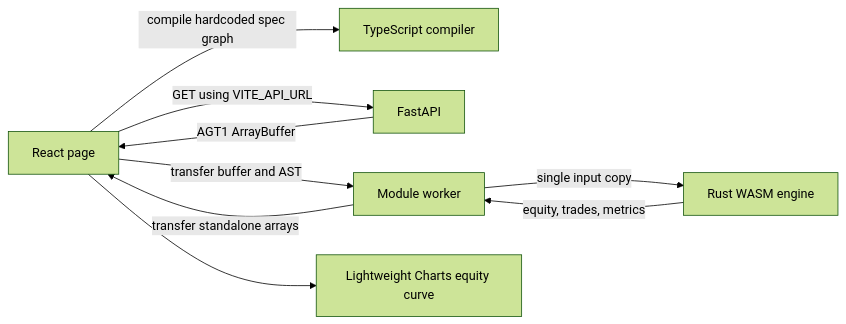
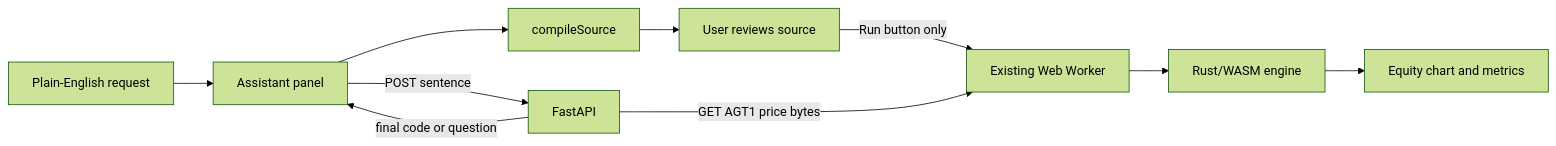
The diagram in web/README.md (YashOnGit7/AlgoTrace), drawn with Mermaid (forest theme) before and after one commit. The commit also changed other lines of this file and 34 other files, not shown here.

````diff
--- a/web/README.md
+++ b/web/README.md
@@ -6,11 +6,12 @@
 ```mermaid
 flowchart LR
-  React[React page] -->|compile hardcoded spec graph| Compiler[TypeScript compiler]
-  React -->|GET using VITE_API_URL| API[FastAPI]
-  API -->|AGT1 ArrayBuffer| React
-  React -->|transfer buffer and AST| Worker[Module worker]
-  Worker -->|single input copy| WASM[Rust WASM engine]
-  WASM -->|equity, trades, metrics| Worker
-  Worker -->|transfer standalone arrays| React
-  React --> Chart[Lightweight Charts equity curve]
+  User[Plain-English request] --> Panel[Assistant panel]
+  Panel -->|POST sentence| API[FastAPI]
+  API -->|final code or question| Panel
+  Panel --> Compiler[compileSource]
+  Compiler --> Editor[User reviews source]
+  Editor -->|Run button only| Worker[Existing Web Worker]
+  API -->|GET AGT1 price bytes| Worker
+  Worker --> WASM[Rust/WASM engine]
+  WASM --> Results[Equity chart and metrics]
 ```
````
